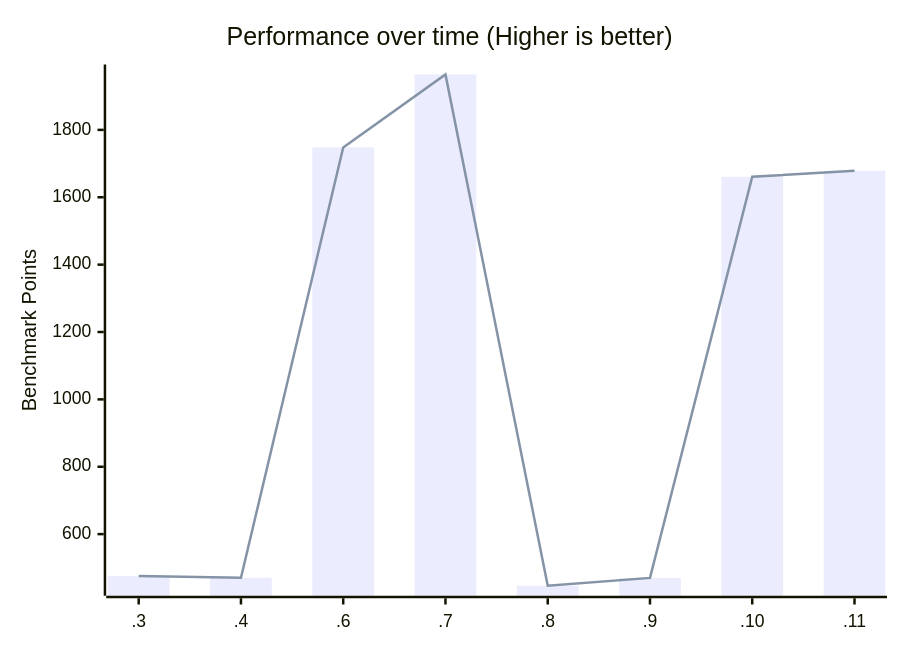
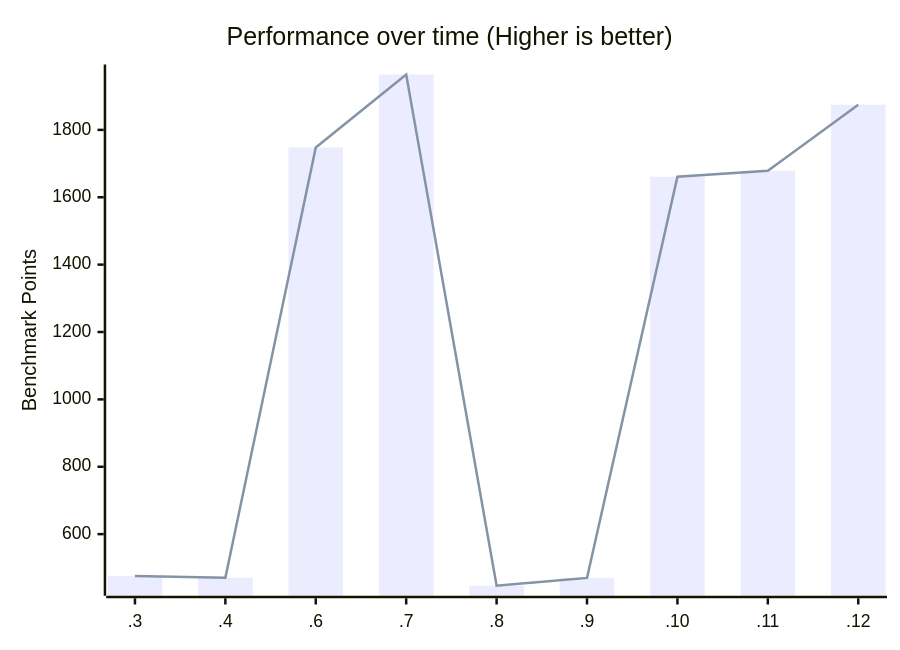
Before and after one commit to zen-browser/desktop: the second of 2 diagrams in docs/performance.md, drawn with Mermaid. The commit also changed other lines of this file, not shown here.

````diff
--- a/docs/performance.md
+++ b/docs/performance.md
@@ -55,8 +56,8 @@
 ```mermaid
 xychart-beta
     title "Performance over time (Higher is better)"
-    x-axis [.3, .4, .6, .7, .8, .9, .10, .11]
+    x-axis [.3, .4, .6, .7, .8, .9, .10, .11, .12]
     y-axis "Benchmark Points"
-    bar [475.52, 470.49, 1747.98, 1964.43, 446.74, 470, 1660.89, 1678.49]
-    line [475.52, 470.49, 1747.98, 1964.43, 446.74, 470, 1660.89, 1678.49]
+    bar [475.52, 470.49, 1747.98, 1964.43, 446.74, 470, 1660.89, 1678.49, 1874.49]
+    line [475.52, 470.49, 1747.98, 1964.43, 446.74, 470, 1660.89, 1678.49, 1874.49]
 ```
````
